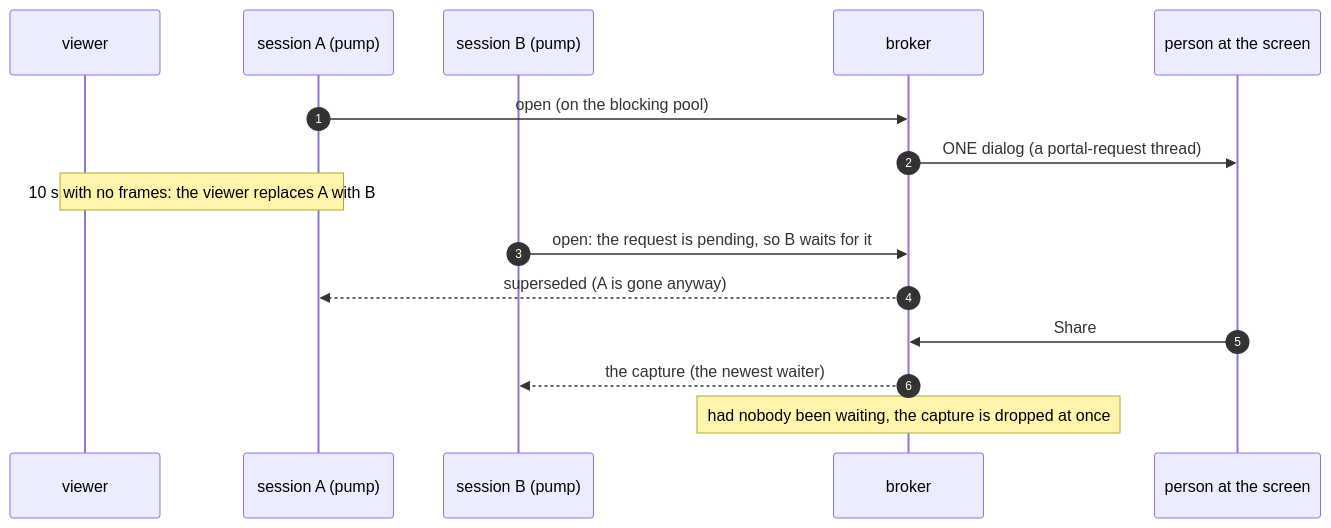
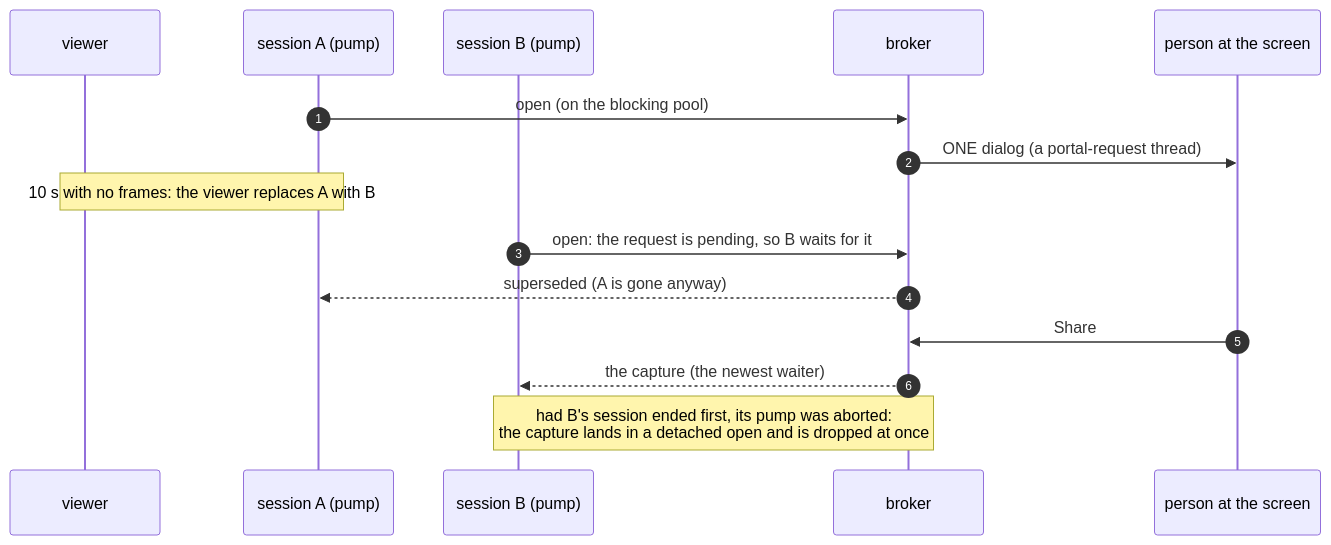
One commit to gjovanov/roomler-ai changed the fifth of 6 diagrams in docs/linux-capture.md. Above: the diagram before and after it, drawn with Mermaid. The commit also changed other lines of this file and 2 other files, not shown here.

Commit message:
docs(fr-93): P2d-1 — a waiter is a thread, not a session; the release's held workers end in a watchdog exit

````diff
--- a/docs/linux-capture.md
+++ b/docs/linux-capture.md
@@ -543,17 +553,17 @@
 ```mermaid
 sequenceDiagram
     autonumber
     participant V as viewer
     participant A as session A (pump)
     participant B as session B (pump)
     participant K as broker
     participant P as person at the screen
     A->>K: open (on the blocking pool)
     K->>P: ONE dialog (a portal-request thread)
     Note over V,A: 10 s with no frames: the viewer replaces A with B
     B->>K: open: the request is pending, so B waits for it
     K-->>A: superseded (A is gone anyway)
     P->>K: Share
     K-->>B: the capture (the newest waiter)
-    Note over K: had nobody been waiting, the capture is dropped at once
+    Note over B,K: had B's session ended first, its pump was aborted:<br/>the capture lands in a detached open and is dropped at once
 ```
````
